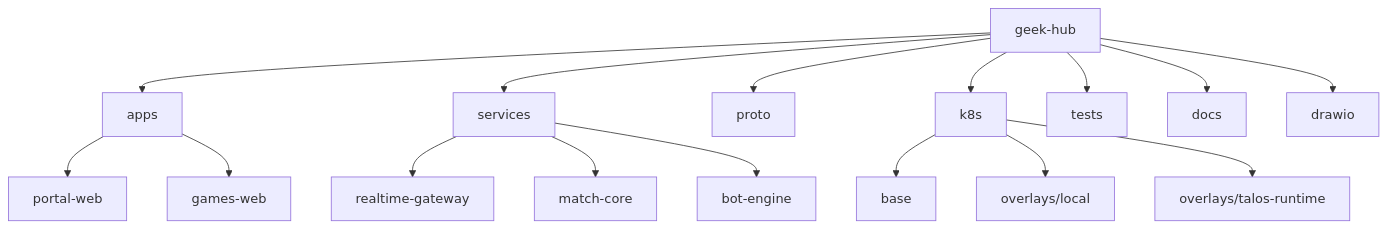
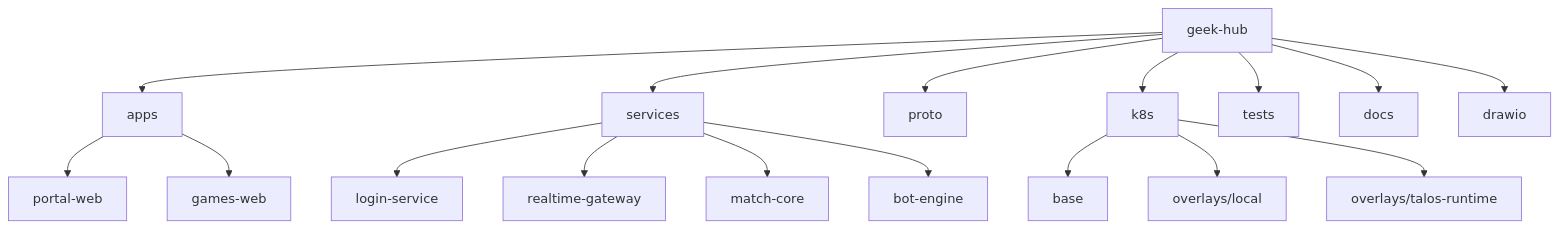
One commit to Marques-net/geek-hub changed the second of 2 diagrams in README.md. Above: the diagram before and after it, drawn with Mermaid. The commit also changed other lines of this file and 51 other files, not shown here.

Commit message:
split login service and capture device telemetry

````diff
--- a/README.md
+++ b/README.md
@@ -32,22 +36,23 @@
 ```mermaid
 flowchart TD
     ROOT[geek-hub]
     ROOT --> APPS[apps]
     ROOT --> SERVICES[services]
     ROOT --> PROTO[proto]
     ROOT --> K8S[k8s]
     ROOT --> TESTS[tests]
     ROOT --> DOCS[docs]
     ROOT --> DRAWIO[drawio]
 
     APPS --> PORTAL[portal-web]
     APPS --> GAMES[games-web]
 
+    SERVICES --> LS[login-service]
     SERVICES --> RT[realtime-gateway]
     SERVICES --> MC[match-core]
     SERVICES --> BE[bot-engine]
 
     K8S --> BASE[base]
     K8S --> LOCAL[overlays/local]
     K8S --> TALOS[overlays/talos-runtime]
 ```
````
